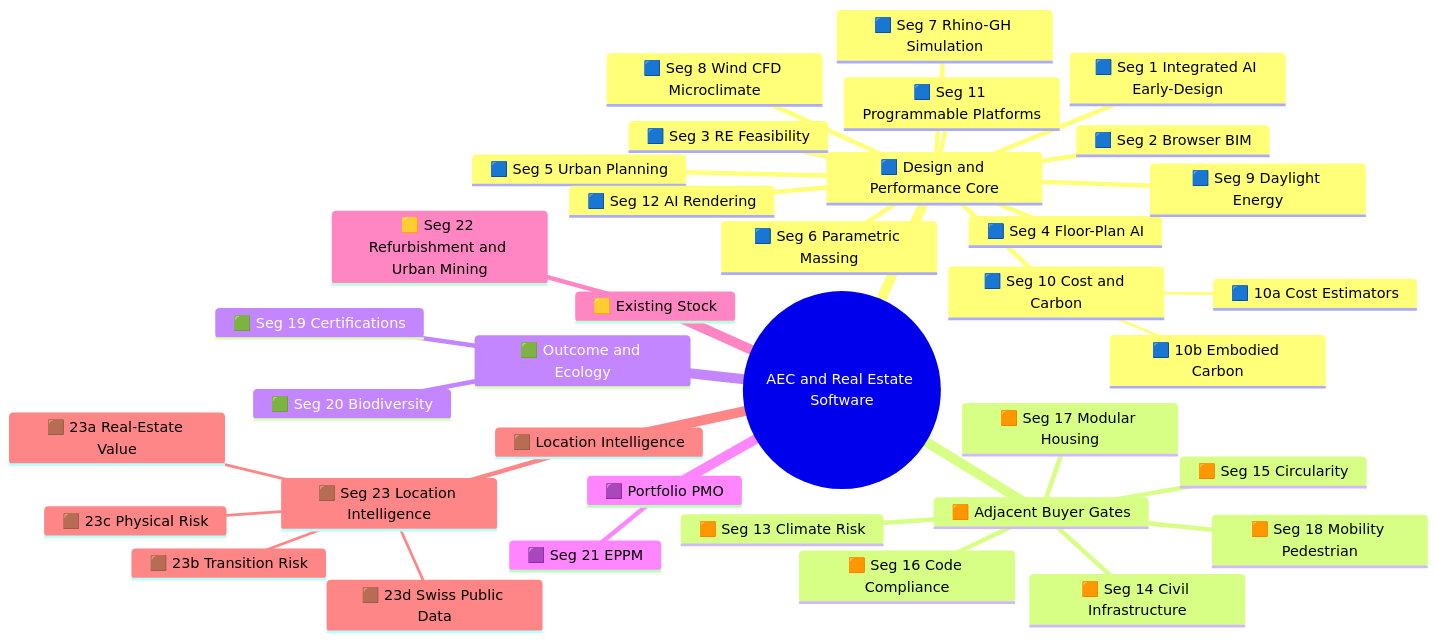
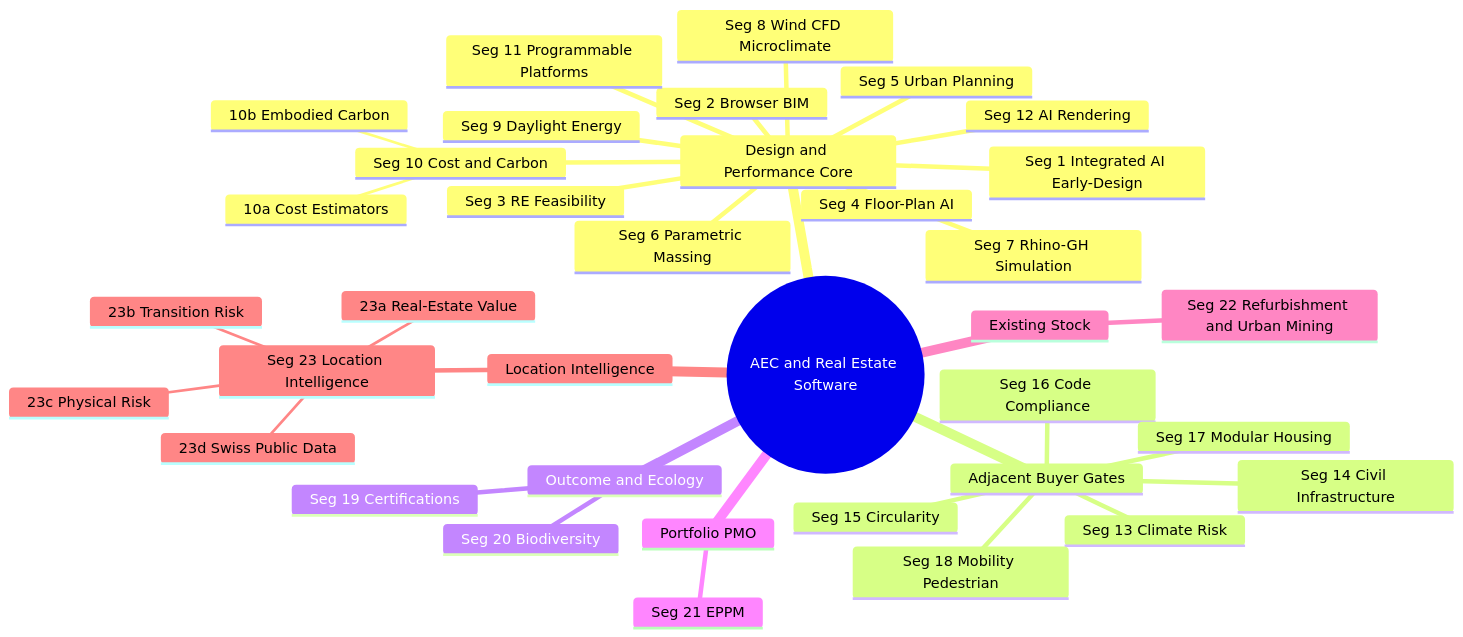
Before and after one commit to bbl-dres/ppm-cockpit: the diagram in docs/MARKETSCREEN.md, drawn with Mermaid. The commit also changed other lines of this file, not shown here.

````diff
--- a/docs/MARKETSCREEN.md
+++ b/docs/MARKETSCREEN.md
@@ -9,39 +9,39 @@
 ```mermaid
 mindmap
   root((AEC and Real Estate Software))
-    🟦 Design and Performance Core
-      🟦 Seg 1 Integrated AI Early-Design
-      🟦 Seg 2 Browser BIM
-      🟦 Seg 3 RE Feasibility
-      🟦 Seg 4 Floor-Plan AI
-      🟦 Seg 5 Urban Planning
-      🟦 Seg 6 Parametric Massing
-      🟦 Seg 7 Rhino-GH Simulation
-      🟦 Seg 8 Wind CFD Microclimate
-      🟦 Seg 9 Daylight Energy
-      🟦 Seg 10 Cost and Carbon
-        🟦 10a Cost Estimators
-        🟦 10b Embodied Carbon
-      🟦 Seg 11 Programmable Platforms
-      🟦 Seg 12 AI Rendering
-    🟧 Adjacent Buyer Gates
-      🟧 Seg 13 Climate Risk
-      🟧 Seg 14 Civil Infrastructure
-      🟧 Seg 15 Circularity
-      🟧 Seg 16 Code Compliance
-      🟧 Seg 17 Modular Housing
-      🟧 Seg 18 Mobility Pedestrian
-    🟩 Outcome and Ecology
-      🟩 Seg 19 Certifications
-      🟩 Seg 20 Biodiversity
-    🟪 Portfolio PMO
-      🟪 Seg 21 EPPM
-    🟨 Existing Stock
-      🟨 Seg 22 Refurbishment and Urban Mining
-    🟫 Location Intelligence
-      🟫 Seg 23 Location Intelligence
-        🟫 23a Real-Estate Value
-        🟫 23b Transition Risk
-        🟫 23c Physical Risk
-        🟫 23d Swiss Public Data
+    Design and Performance Core
+      Seg 1 Integrated AI Early-Design
+      Seg 2 Browser BIM
+      Seg 3 RE Feasibility
+      Seg 4 Floor-Plan AI
+      Seg 5 Urban Planning
+      Seg 6 Parametric Massing
+      Seg 7 Rhino-GH Simulation
+      Seg 8 Wind CFD Microclimate
+      Seg 9 Daylight Energy
+      Seg 10 Cost and Carbon
+        10a Cost Estimators
+        10b Embodied Carbon
+      Seg 11 Programmable Platforms
+      Seg 12 AI Rendering
+    Adjacent Buyer Gates
+      Seg 13 Climate Risk
+      Seg 14 Civil Infrastructure
+      Seg 15 Circularity
+      Seg 16 Code Compliance
+      Seg 17 Modular Housing
+      Seg 18 Mobility Pedestrian
+    Outcome and Ecology
+      Seg 19 Certifications
+      Seg 20 Biodiversity
+    Portfolio PMO
+      Seg 21 EPPM
+    Existing Stock
+      Seg 22 Refurbishment and Urban Mining
+    Location Intelligence
+      Seg 23 Location Intelligence
+        23a Real-Estate Value
+        23b Transition Risk
+        23c Physical Risk
+        23d Swiss Public Data
 ```
````
